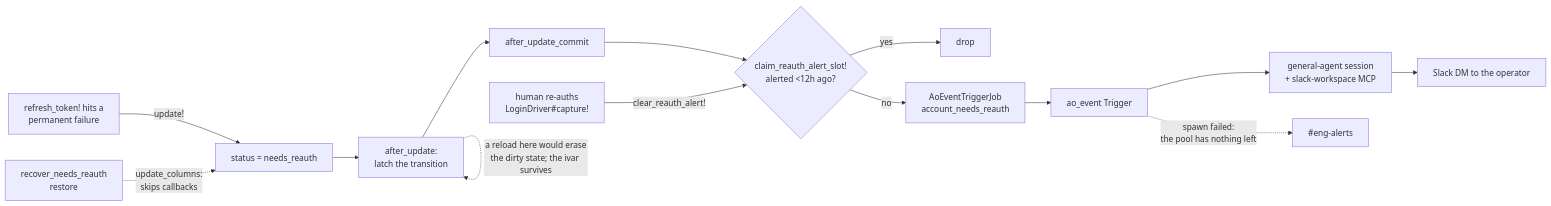
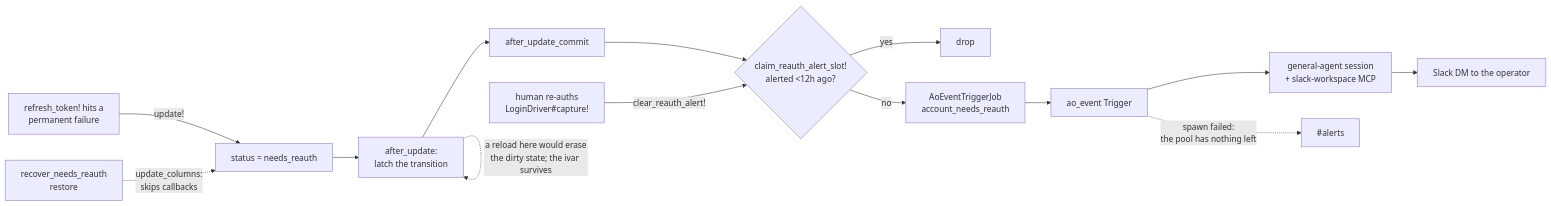
One commit to tadasant/zimmer changed the third of 5 diagrams in docs/src/content/docs/auth/harness.md. Above: the diagram before and after it, drawn with Mermaid. The commit also changed other lines of this file and 31 other files, not shown here.

````diff
--- a/docs/src/content/docs/auth/harness.md
+++ b/docs/src/content/docs/auth/harness.md
@@ -751,16 +751,16 @@
 ```mermaid
 flowchart LR
     R[refresh_token! hits a<br/>permanent failure] -->|update!| S[status = needs_reauth]
     S --> L[after_update:<br/>latch the transition]
     L -.->|a reload here would erase<br/>the dirty state; the ivar survives| L
     L --> C[after_update_commit]
     C --> D{claim_reauth_alert_slot!<br/>alerted &lt;12h ago?}
     D -->|yes| X[drop]
     D -->|no| E[AoEventTriggerJob<br/>account_needs_reauth]
     E --> T[ao_event Trigger]
     T --> G[general-agent session<br/>+ slack-workspace MCP]
     G --> DM[Slack DM to the operator]
-    T -.->|spawn failed:<br/>the pool has nothing left| A[#eng-alerts]
+    T -.->|spawn failed:<br/>the pool has nothing left| A[#alerts]
     RC[recover_needs_reauth<br/>restore] -.->|update_columns:<br/>skips callbacks| S
     H[human re-auths<br/>LoginDriver#capture!] -->|clear_reauth_alert!| D
 ```
````
